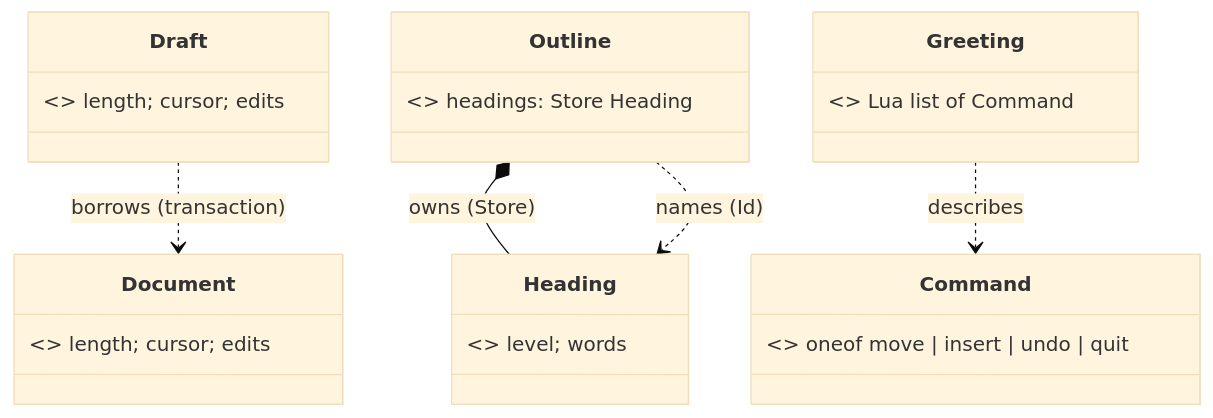
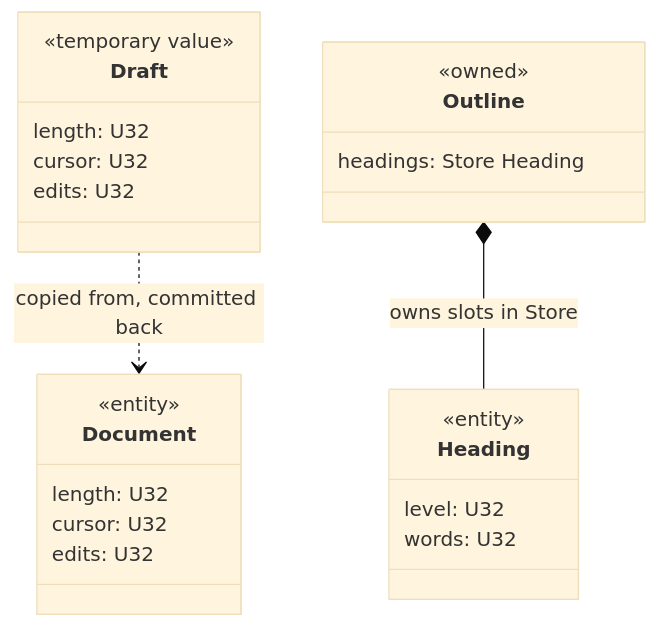
One commit to cperion/nua changed the fourth of 8 diagrams in docs/designing-and-writing-nua.md. Above: the diagram before and after it, drawn with Mermaid (base theme). The commit also changed other lines of this file and 12 other files, not shown here.

````diff
--- a/docs/designing-and-writing-nua.md
+++ b/docs/designing-and-writing-nua.md
@@ -224,13 +245,26 @@
 ```mermaid
 classDiagram
-    class Document { <<value>> length; cursor; edits }
-    class Draft { <<value: context>> length; cursor; edits }
-    class Outline { <<owned>> headings: Store Heading }
-    class Heading { <<entity>> level; words }
-    class Command { <<value>> oneof move | insert | undo | quit }
-    class Greeting { <<description>> Lua list of Command }
-    Outline *-- Heading : owns (Store)
-    Outline ..> Heading : names (Id)
-    Draft ..> Document : borrows (transaction)
-    Greeting ..> Command : describes
+    class Document {
+        <<entity>>
+        length: U32
+        cursor: U32
+        edits: U32
+    }
+    class Draft {
+        <<temporary value>>
+        length: U32
+        cursor: U32
+        edits: U32
+    }
+    class Outline {
+        <<owned>>
+        headings: Store Heading
+    }
+    class Heading {
+        <<entity>>
+        level: U32
+        words: U32
+    }
+    Outline *-- Heading : owns slots in Store
+    Draft ..> Document : copied from, committed back
 ```
````
